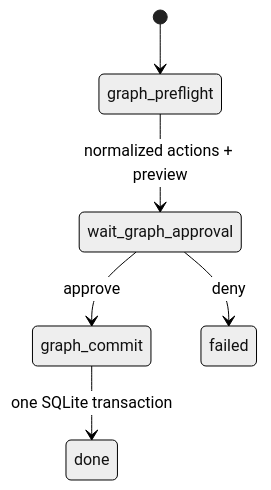
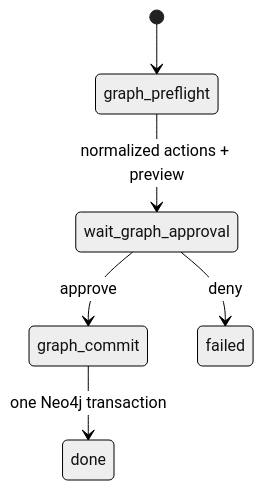
Before and after one commit to BillShiyaoZhang/ambient-agent: the fourth of 4 diagrams in docs/agent/harness.md, drawn with Mermaid (neutral theme). The commit also changed other lines of this file and 43 other files, not shown here.

````diff
--- a/docs/agent/harness.md
+++ b/docs/agent/harness.md
@@ -104,8 +104,8 @@
 ```mermaid
 stateDiagram-v2
     [*] --> graph_preflight
     graph_preflight --> wait_graph_approval: normalized actions + preview
     wait_graph_approval --> graph_commit: approve
     wait_graph_approval --> failed: deny
-    graph_commit --> done: one SQLite transaction
+    graph_commit --> done: one Neo4j transaction
 ```
````
